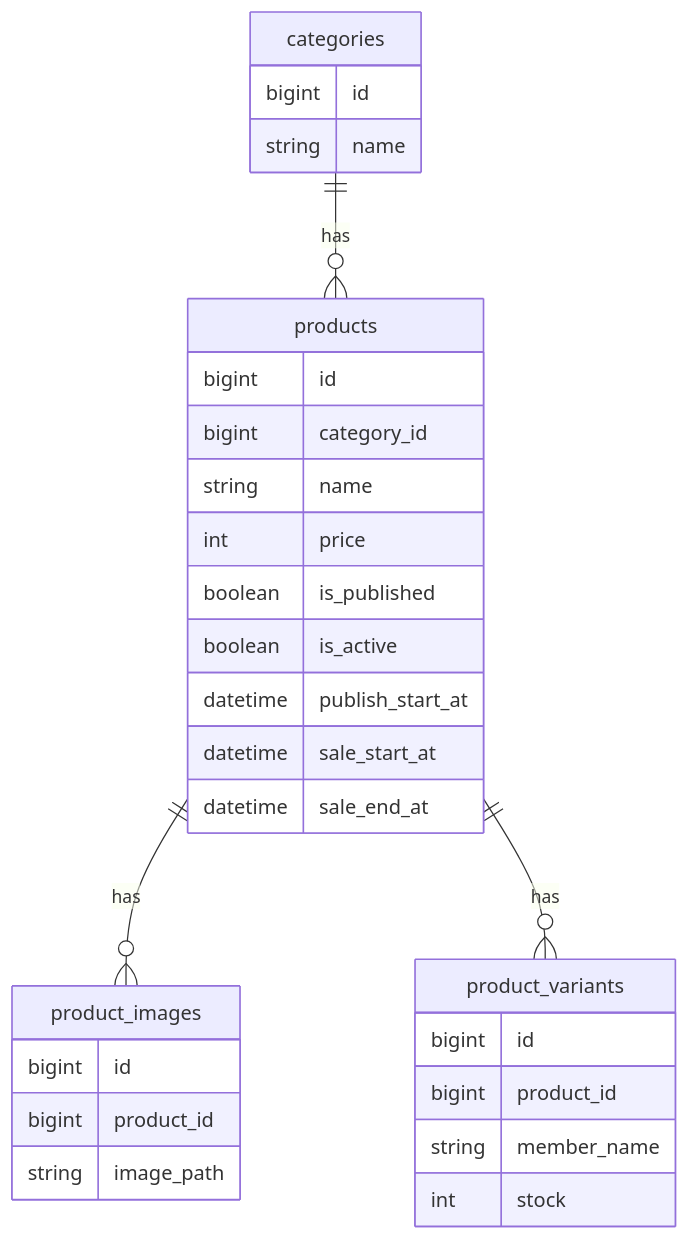
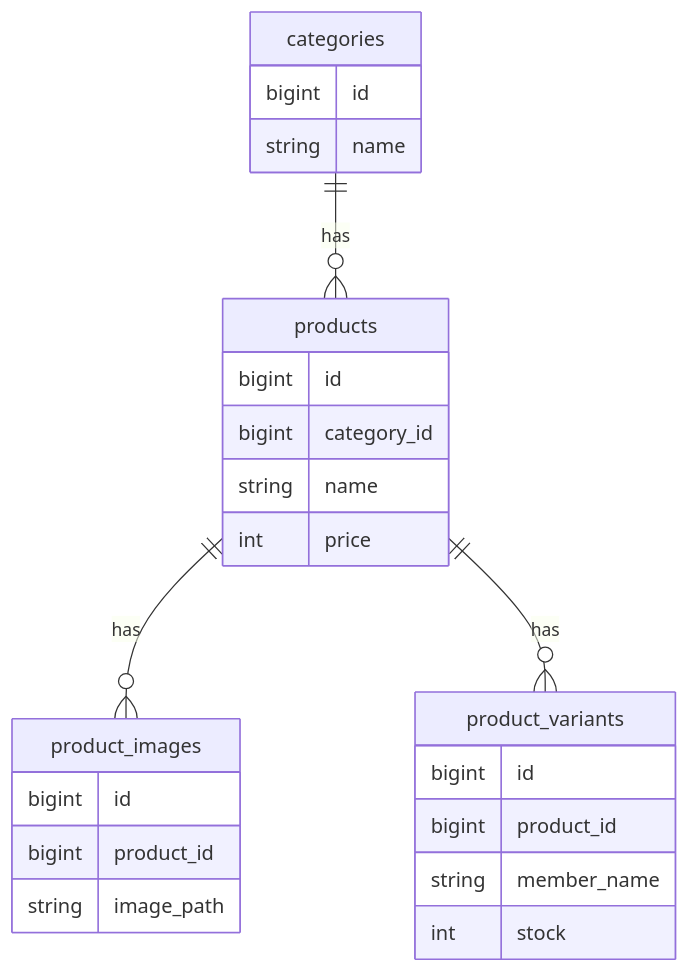
The diagram in README.md (utl-flaxy/shining-will-shop), drawn with Mermaid before and after one commit. The commit also changed other lines of this file, not shown here.

````diff
--- a/README.md
+++ b/README.md
@@ -192,37 +100,32 @@
 ```mermaid
 erDiagram
 
 categories ||--o{ products : has
 products ||--o{ product_images : has
 products ||--o{ product_variants : has
 
 categories {
     bigint id
     string name
 }
 
 products {
     bigint id
     bigint category_id
     string name
     int price
-    boolean is_published
-    boolean is_active
-    datetime publish_start_at
-    datetime sale_start_at
-    datetime sale_end_at
 }
 
 product_images {
     bigint id
     bigint product_id
     string image_path
 }
 
 product_variants {
     bigint id
     bigint product_id
     string member_name
     int stock
 }
 ```
````
